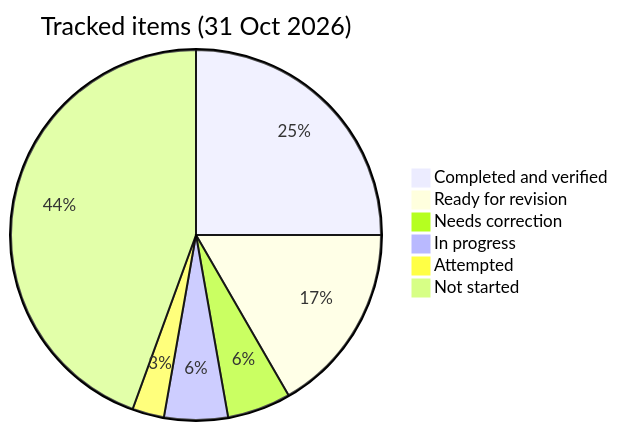
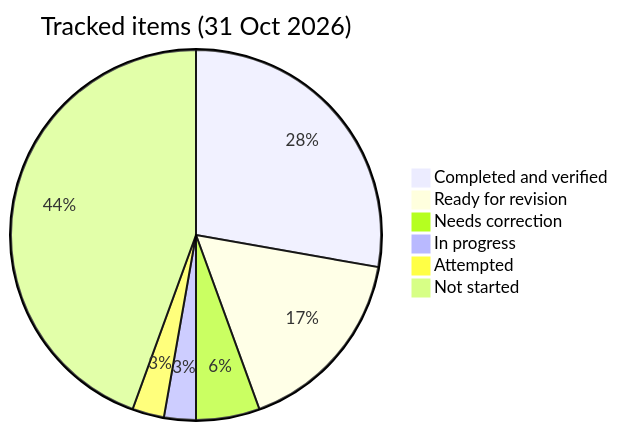
The diagram in PROGRESS.md (PrashantSury/java-switch-journey), drawn with Mermaid before and after one commit. The commit also changed other lines of this file and 3 other files, not shown here.

````diff
--- a/PROGRESS.md
+++ b/PROGRESS.md
@@ -142,9 +142,9 @@
 ```mermaid
 pie title Tracked items (31 Oct 2026)
-  "Completed and verified" : 9
+  "Completed and verified" : 10
   "Ready for revision" : 6
   "Needs correction" : 2
-  "In progress" : 2
+  "In progress" : 1
   "Attempted" : 1
   "Not started" : 16
 ```
````
